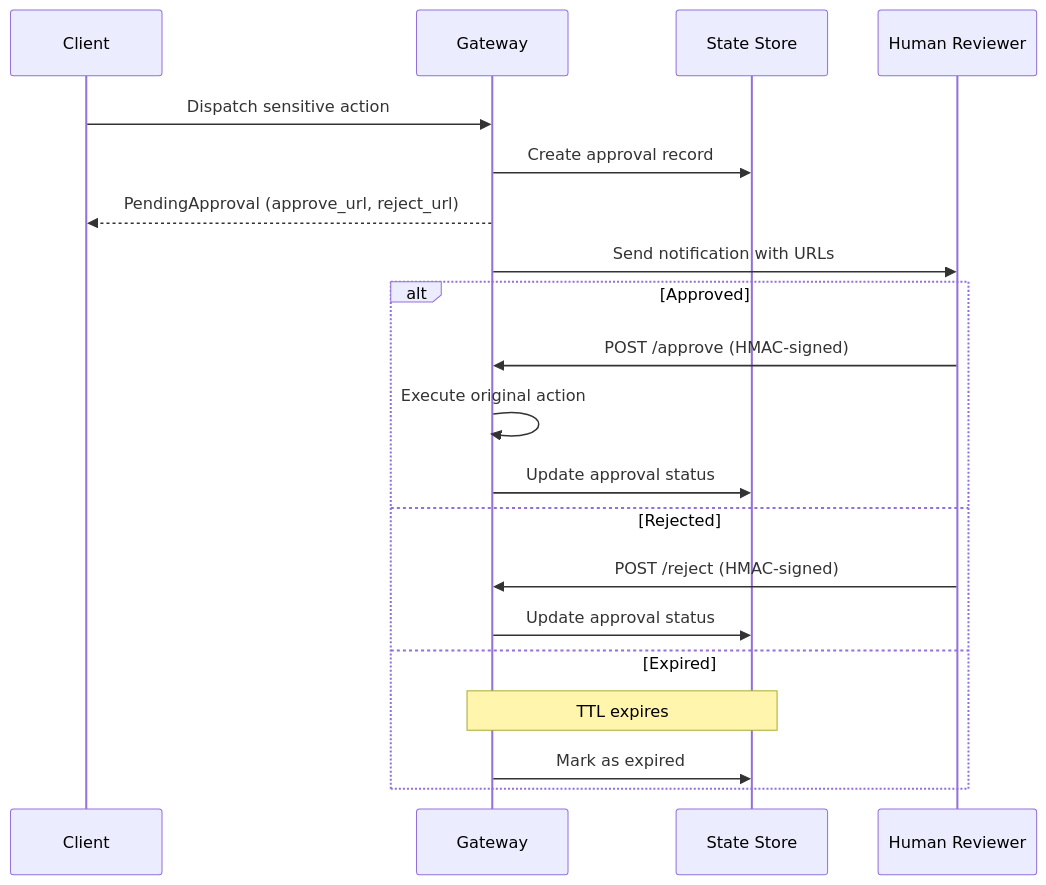
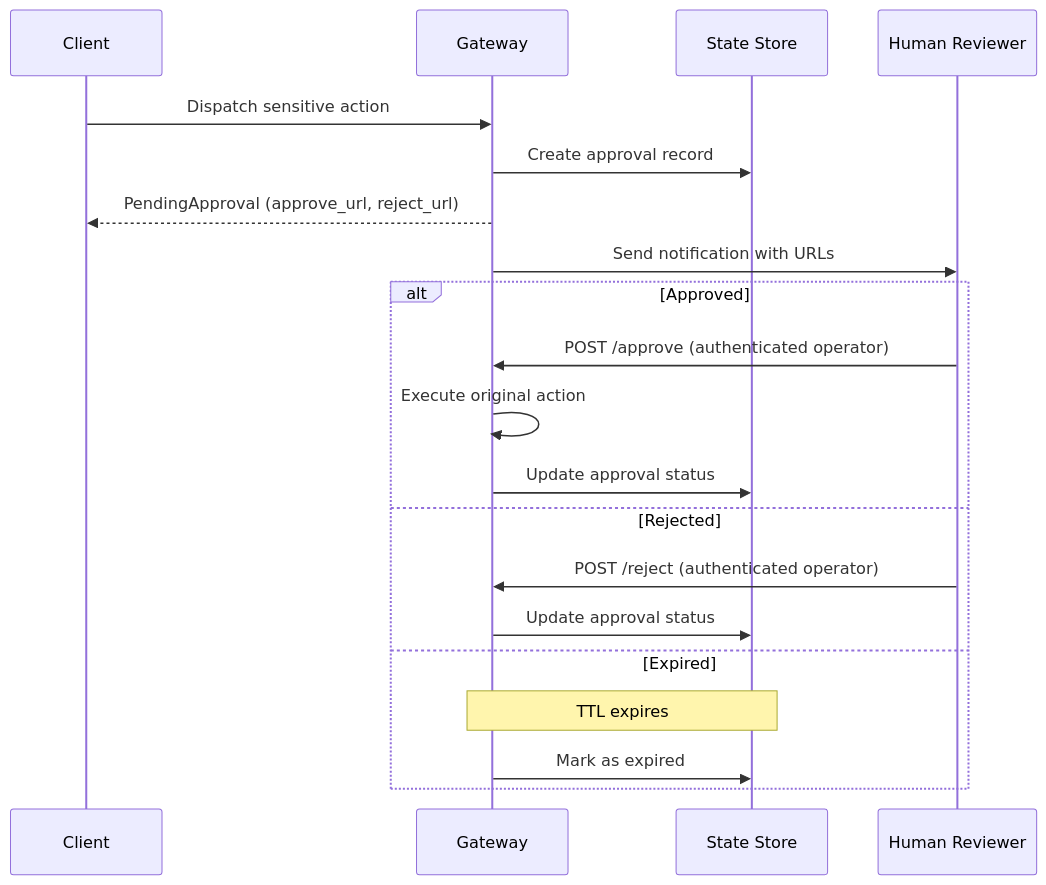
One commit to penserai/acteon changed the first of 2 diagrams in docs/book/features/approvals.md. Above: the diagram before and after it, drawn with Mermaid. The commit also changed other lines of this file and 425 other files, not shown here.

````diff
--- a/docs/book/features/approvals.md
+++ b/docs/book/features/approvals.md
@@ -7,24 +7,24 @@
 ```mermaid
 sequenceDiagram
     participant C as Client
     participant G as Gateway
     participant S as State Store
     participant H as Human Reviewer
 
     C->>G: Dispatch sensitive action
     G->>S: Create approval record
     G-->>C: PendingApproval (approve_url, reject_url)
     G->>H: Send notification with URLs
 
     alt Approved
-        H->>G: POST /approve (HMAC-signed)
+        H->>G: POST /approve (authenticated operator)
         G->>G: Execute original action
         G->>S: Update approval status
     else Rejected
-        H->>G: POST /reject (HMAC-signed)
+        H->>G: POST /reject (authenticated operator)
         G->>S: Update approval status
     else Expired
         Note over G,S: TTL expires
         G->>S: Mark as expired
     end
 ```
````
